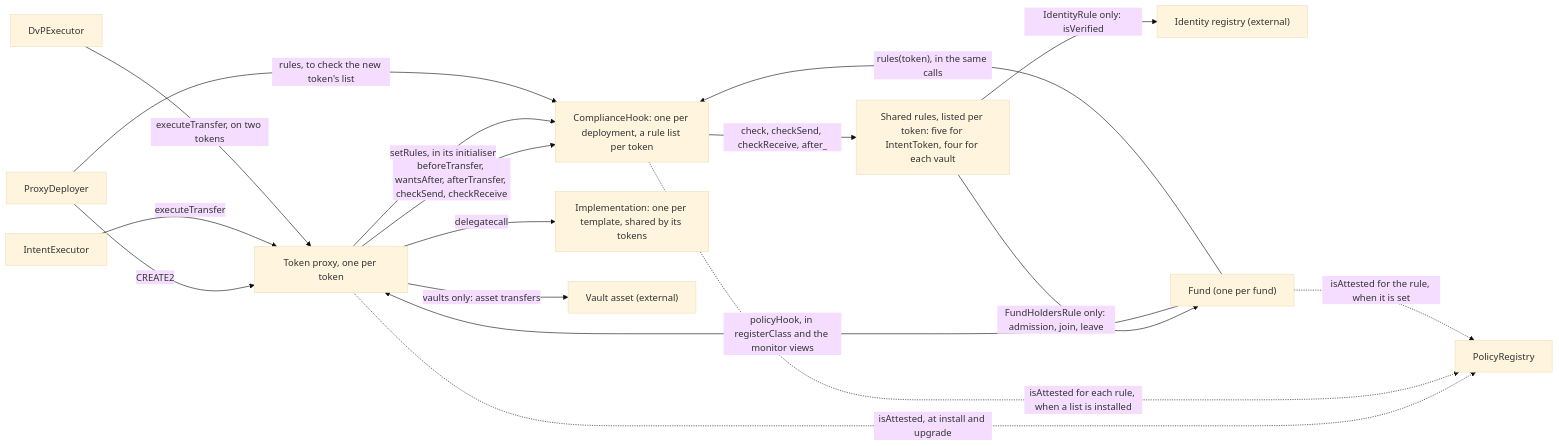
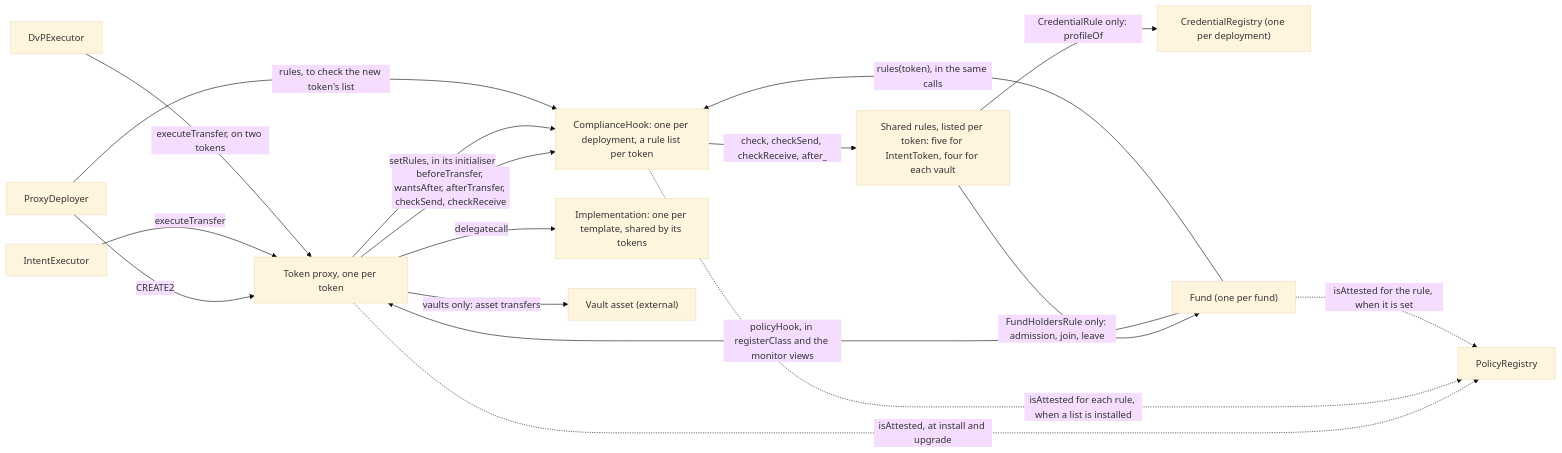
One commit to fepvenancio/rwa-token changed the first of 3 diagrams in docs/architecture.md. Above: the diagram before and after it, drawn with Mermaid (base theme). The commit also changed other lines of this file and 24 other files, not shown here.

First line of the commit message:
feat(deploy): the credential layer in the deployment, the TypeScript tests and the docs (C-2)

````diff
--- a/docs/architecture.md
+++ b/docs/architecture.md
@@ -39,19 +40,19 @@
 ```mermaid
 flowchart LR
   PD["ProxyDeployer"] -->|"CREATE2"| Proxy["Token proxy, one per token"]
   Exec["IntentExecutor"] -->|"executeTransfer"| Proxy
   DvP["DvPExecutor"] -->|"executeTransfer, on two tokens"| Proxy
   Proxy -->|"beforeTransfer, wantsAfter, afterTransfer, checkSend, checkReceive"| Hook["ComplianceHook: one per deployment, a rule list per token"]
   Proxy -->|"setRules, in its initialiser"| Hook
   PD -->|"rules, to check the new token's list"| Hook
   Proxy -->|"delegatecall"| Impl["Implementation: one per template, shared by its tokens"]
   Hook -->|"check, checkSend, checkReceive, after_"| Rules["Shared rules, listed per token: five for IntentToken, four for each vault"]
-  Rules -->|"IdentityRule only: isVerified"| IdReg["Identity registry (external)"]
+  Rules -->|"CredentialRule only: profileOf"| CredReg["CredentialRegistry (one per deployment)"]
   Rules -->|"FundHoldersRule only: admission, join, leave"| Fund["Fund (one per fund)"]
   Fund -->|"policyHook, in registerClass and the monitor views"| Proxy
   Fund -->|"rules(token), in the same calls"| Hook
   Proxy -->|"vaults only: asset transfers"| Asset["Vault asset (external)"]
   Proxy -.->|"isAttested, at install and upgrade"| Reg["PolicyRegistry"]
   Hook -.->|"isAttested for each rule, when a list is installed"| Reg
   Fund -.->|"isAttested for the rule, when it is set"| Reg
 ```
````
